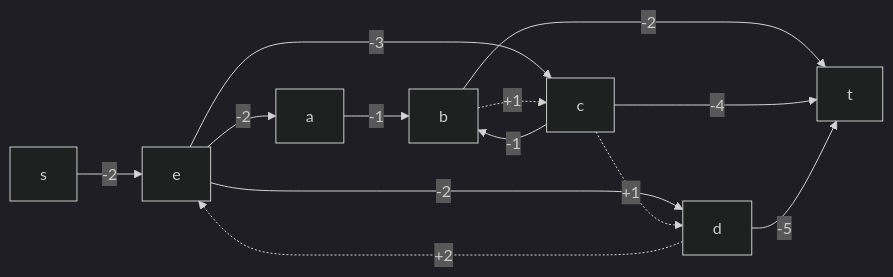
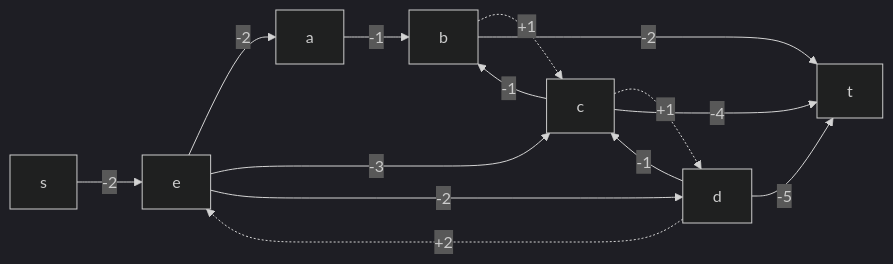
One commit to hse-algo-24-raven/manual-tasks-raven changed diagram 13 of 14 in task-10/pustobek.md. Above: the diagram before and after it, drawn with Mermaid (dark theme).

````diff
--- a/task-10/pustobek.md
+++ b/task-10/pustobek.md
@@ -267,15 +267,16 @@
 ```mermaid
 graph LR
     s-->|-2|e
     e-->|-2|a
     e-->|-3|c
     d-.->|+2|e
     e-->|-2|d
     a-->|-1|b
     b-.->|+1|c
     c-->|-1|b
     c-.->|+1|d
+    d-->|-1|c
     b-->|-2|t
     c-->|-4|t
     d-->|-5|t
 ```
````
